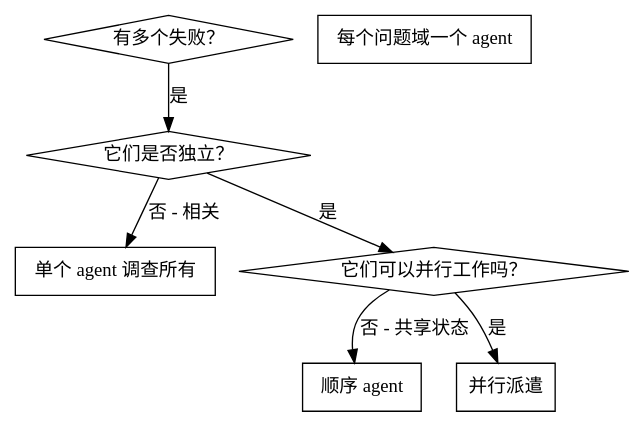
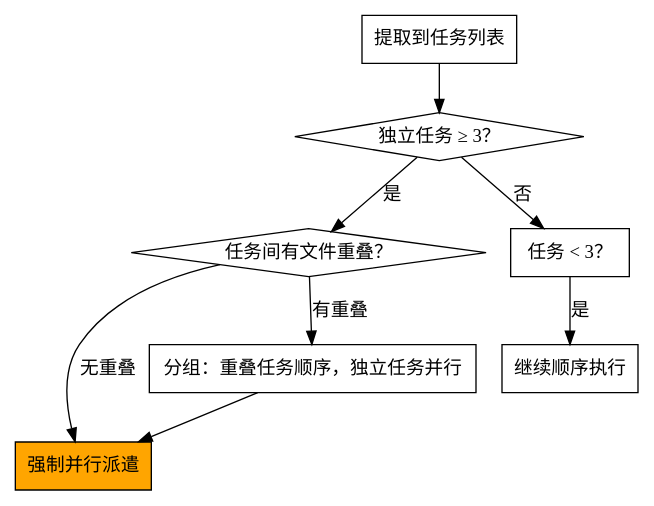
One commit to 772778995/ai-auto-chess changed the diagram in .iflow/skills/dispatching-parallel-agents/SKILL.md. Above: the diagram before and after it, drawn with Graphviz. The commit also changed other lines of this file and 8 other files, not shown here.

````diff
--- a/.iflow/skills/dispatching-parallel-agents/SKILL.md
+++ b/.iflow/skills/dispatching-parallel-agents/SKILL.md
@@ -16,17 +30,19 @@
 ```dot
 digraph when_to_use {
-    "有多个失败？" [shape=diamond];
-    "它们是否独立？" [shape=diamond];
-    "单个 agent 调查所有" [shape=box];
-    "每个问题域一个 agent" [shape=box];
-    "它们可以并行工作吗？" [shape=diamond];
-    "顺序 agent" [shape=box];
-    "并行派遣" [shape=box];
+    "提取到任务列表" [shape=box];
+    "独立任务 ≥ 3？" [shape=diamond];
+    "任务间有文件重叠？" [shape=diamond];
+    "强制并行派遣" [shape=box style=filled fillcolor=orange];
+    "分组：重叠任务顺序，独立任务并行" [shape=box];
+    "任务 < 3？" [shape=box];
+    "继续顺序执行" [shape=box];
 
-    "有多个失败？" -> "它们是否独立？" [label="是"];
-    "它们是否独立？" -> "单个 agent 调查所有" [label="否 - 相关"];
-    "它们是否独立？" -> "它们可以并行工作吗？" [label="是"];
-    "它们可以并行工作吗？" -> "并行派遣" [label="是"];
-    "它们可以并行工作吗？" -> "顺序 agent" [label="否 - 共享状态"];
+    "提取到任务列表" -> "独立任务 ≥ 3？";
+    "独立任务 ≥ 3？" -> "任务间有文件重叠？" [label="是"];
+    "独立任务 ≥ 3？" -> "任务 < 3？" [label="否"];
+    "任务间有文件重叠？" -> "分组：重叠任务顺序，独立任务并行" [label="有重叠"];
+    "任务间有文件重叠？" -> "强制并行派遣" [label="无重叠"];
+    "任务 < 3？" -> "继续顺序执行" [label="是"];
+    "分组：重叠任务顺序，独立任务并行" -> "强制并行派遣";
 }
 ```
````
